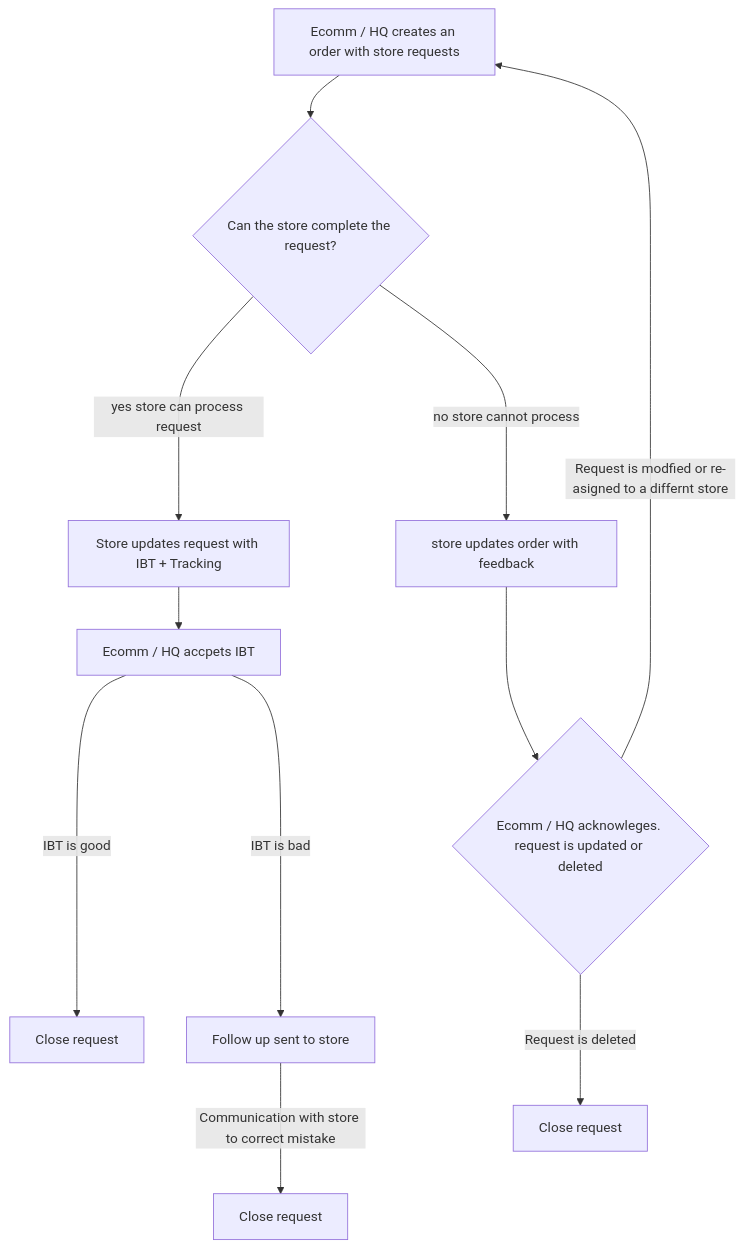
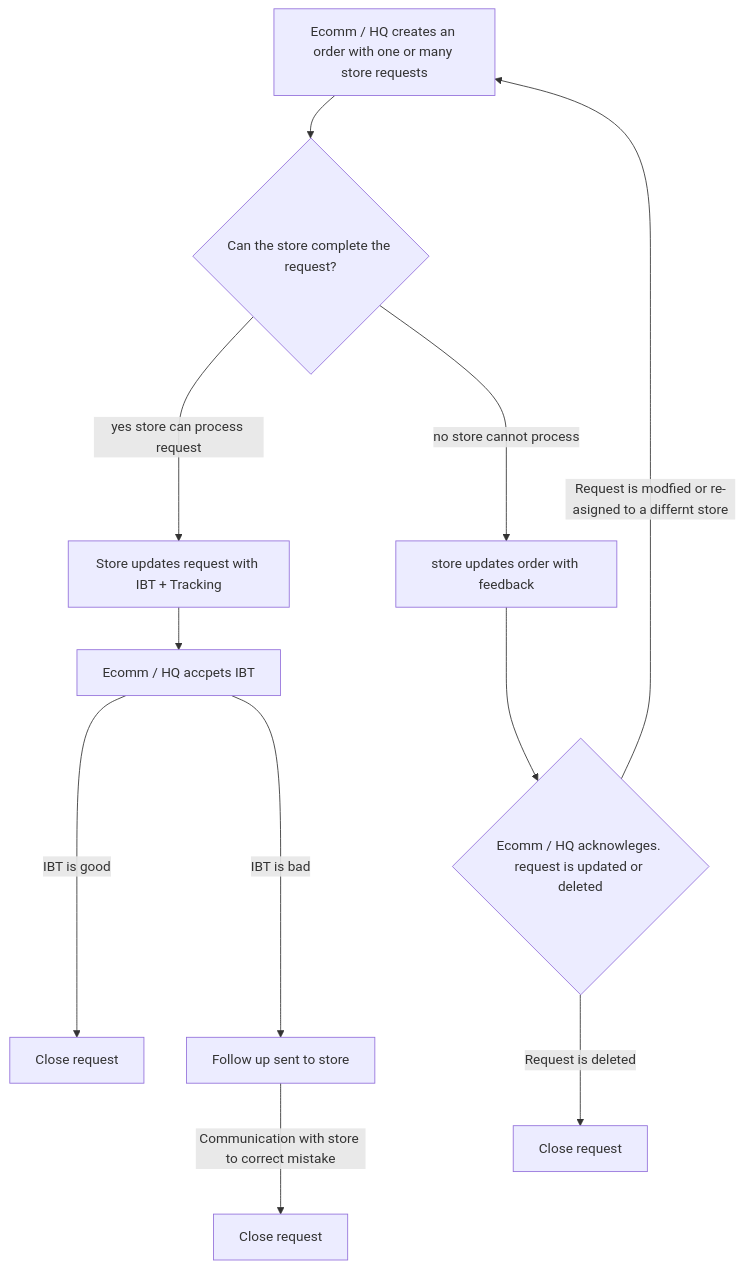
One commit to CapSap/paddy-mern-4 changed the diagram in README.md. Above: the diagram before and after it, drawn with Mermaid.

````diff
--- a/README.md
+++ b/README.md
@@ -19,13 +19,13 @@
 ```mermaid
   graph TD;
-      A[Ecomm / HQ creates an order with store requests] --> B{Can the store complete the request?}
+      A[Ecomm / HQ creates an order with one or many store requests] --> B{Can the store complete the request?}
       B--yes store can process request---> C[Store updates request with IBT + Tracking]
       B--no store cannot process--->D[store updates order with feedback]
       D--->E{Ecomm / HQ acknowleges. request is updated or deleted}
       E--Request is modfied or re-asigned to a differnt store--->A
       E--Request is deleted--->I[Close request]
       C-->F[Ecomm / HQ  accpets IBT]
       F --IBT is good---> G[Close request]
       F --IBT is bad ---> H[Follow up sent to store]
       H --Communication with store to correct mistake ---> J[Close request]
 ```
````
